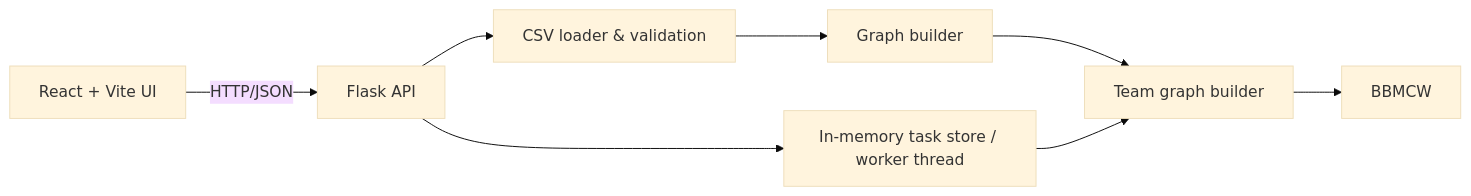
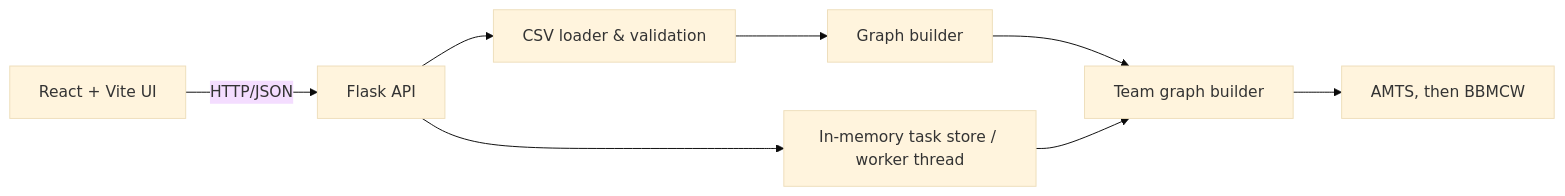
Before and after one commit to anish-lab/team-formation-optimizer: the first of 2 diagrams in README.md, drawn with Mermaid (base theme). The commit also changed other lines of this file and 25 other files, not shown here.

````diff
--- a/README.md
+++ b/README.md
@@ -80,10 +71,10 @@
 ```mermaid
 flowchart LR
   UI[React + Vite UI] -- HTTP/JSON --> API[Flask API]
   API --> V[CSV loader & validation]
   V --> G[Graph builder]
   G --> S[Team graph builder]
-  S --> M[BBMCW]
+  S --> M[AMTS, then BBMCW]
   API --> T[In-memory task store / worker thread]
   T --> S
 ```
````
